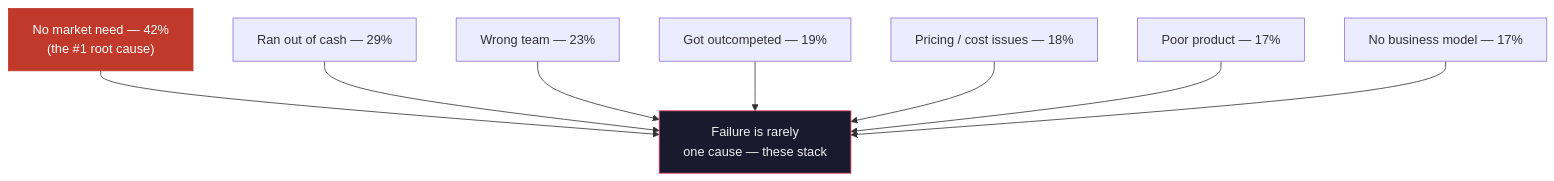
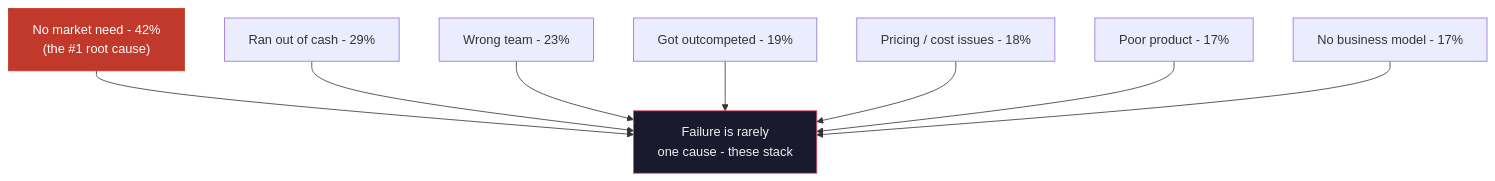
Before and after one commit to Cyvid7-Darus10/peak-self: the third of 9 diagrams in business/startup-playbook.md, drawn with Mermaid. The commit also changed other lines of this file and 12 other files, not shown here.

````diff
--- a/business/startup-playbook.md
+++ b/business/startup-playbook.md
@@ -59,12 +61,12 @@
 ```mermaid
 flowchart TD
-    A["No market need — 42%<br/>(the #1 root cause)"] --> Z["Failure is rarely<br/>one cause — these stack"]
-    B["Ran out of cash — 29%"] --> Z
-    C["Wrong team — 23%"] --> Z
-    D["Got outcompeted — 19%"] --> Z
-    E["Pricing / cost issues — 18%"] --> Z
-    F["Poor product — 17%"] --> Z
-    G["No business model — 17%"] --> Z
+    A["No market need - 42%<br/>(the #1 root cause)"] --> Z["Failure is rarely<br/>one cause - these stack"]
+    B["Ran out of cash - 29%"] --> Z
+    C["Wrong team - 23%"] --> Z
+    D["Got outcompeted - 19%"] --> Z
+    E["Pricing / cost issues - 18%"] --> Z
+    F["Poor product - 17%"] --> Z
+    G["No business model - 17%"] --> Z
     style A fill:#c0392b,stroke:#c0392b,color:#fff
     style Z fill:#1a1a2e,stroke:#e94560,color:#eee
 ```
````
